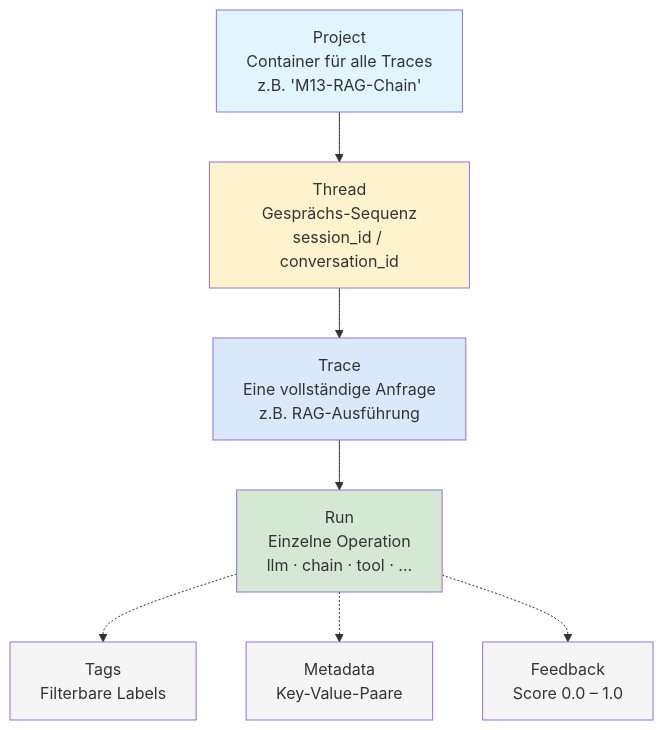
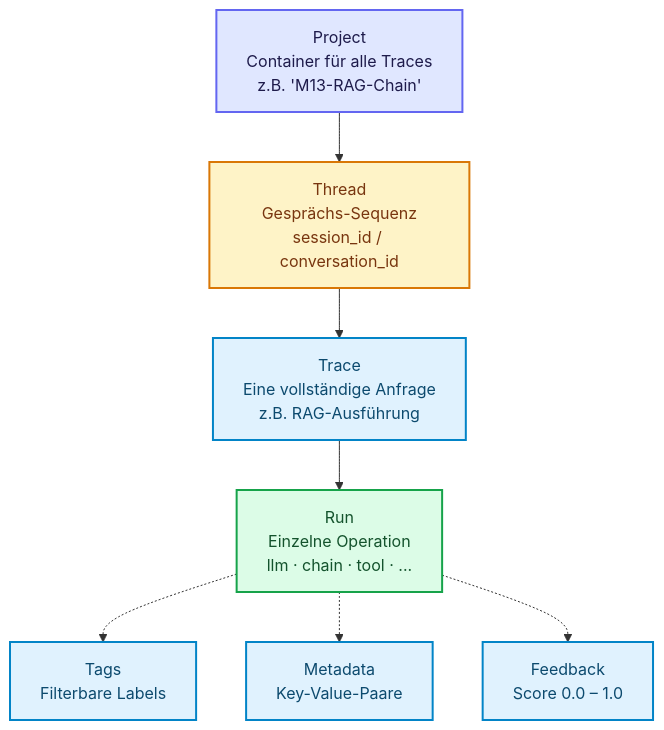
The second of 5 diagrams in docs/05-frameworks/einsteiger-langsmith.md (ralf-42/Agenten), drawn with Mermaid before and after one commit. The commit also changed other lines of this file and 15 other files, not shown here.

````diff
--- a/docs/05-frameworks/einsteiger-langsmith.md
+++ b/docs/05-frameworks/einsteiger-langsmith.md
@@ -170,25 +171,25 @@
 ```mermaid
 flowchart TB
     PROJECT["Project<br>Container für alle Traces<br>z.B. 'M13-RAG-Chain'"]
     THREAD["Thread<br>Gesprächs-Sequenz<br>session_id / conversation_id"]
     TRACE["Trace<br>Eine vollständige Anfrage<br>z.B. RAG-Ausführung"]
     RUN["Run<br>Einzelne Operation<br>llm · chain · tool · ..."]
     TAGS["Tags<br>Filterbare Labels"]
     META["Metadata<br>Key-Value-Paare"]
     FEEDBACK["Feedback<br>Score 0.0 – 1.0"]
 
     PROJECT --> THREAD
     THREAD --> TRACE
     TRACE --> RUN
     RUN -.-> TAGS
     RUN -.-> META
     RUN -.-> FEEDBACK
 
-    style PROJECT fill:#e1f5ff
-    style THREAD fill:#fff3cd
-    style TRACE fill:#dae8fc
-    style RUN fill:#d5e8d4
-    style TAGS fill:#f5f5f5
-    style META fill:#f5f5f5
-    style FEEDBACK fill:#f5f5f5
+    classDef default fill:#e0f2fe,stroke:#0284c7,stroke-width:2px,color:#0c4a6e;
+    classDef input fill:#e0e7ff,stroke:#6366f1,stroke-width:2px,color:#1e1b4b;
+    classDef metric fill:#fef3c7,stroke:#d97706,stroke-width:2px,color:#78350f;
+    classDef output fill:#dcfce7,stroke:#16a34a,stroke-width:2px,color:#14532d;
+    class PROJECT input;
+    class THREAD metric;
+    class RUN output;
 ```
````
